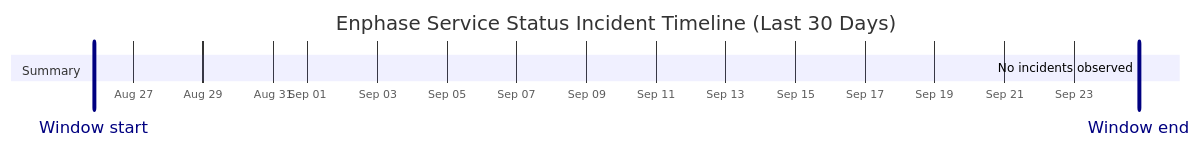
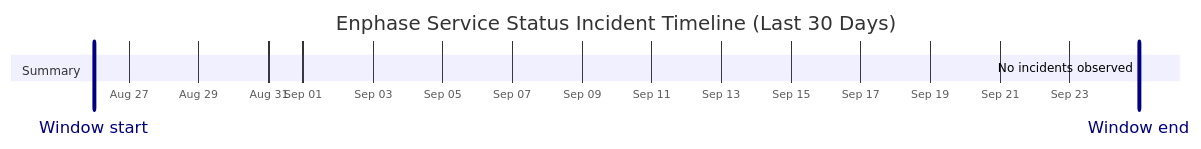
The diagram in wiki/Service-Status-History.md (barneyonline/ha-enphase-energy), drawn with Mermaid before and after one commit. The commit also changed other lines of this file and 3 other files, not shown here.

````diff
--- a/wiki/Service-Status-History.md
+++ b/wiki/Service-Status-History.md
@@ -14,10 +14,10 @@
 ```mermaid
 gantt
     title Enphase Service Status Incident Timeline (Last 30 Days)
     dateFormat  YYYY-MM-DDTHH:mm:ss
     axisFormat  %b %d
-    Window start :vert, window-start, 2026-08-25T20:39:43, 0ms
-    Window end :vert, window-end, 2026-09-24T20:39:43, 0ms
+    Window start :vert, window-start, 2026-08-25T23:45:31, 0ms
+    Window end :vert, window-end, 2026-09-24T23:45:31, 0ms
     section Summary
-    No incidents observed :done, 2026-09-24T20:39:43, 1m
+    No incidents observed :done, 2026-09-24T23:45:31, 1m
 ```
````
